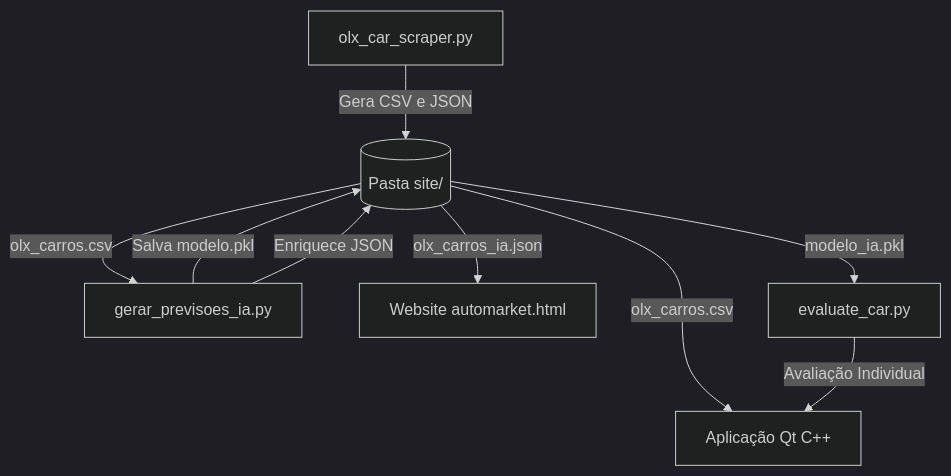
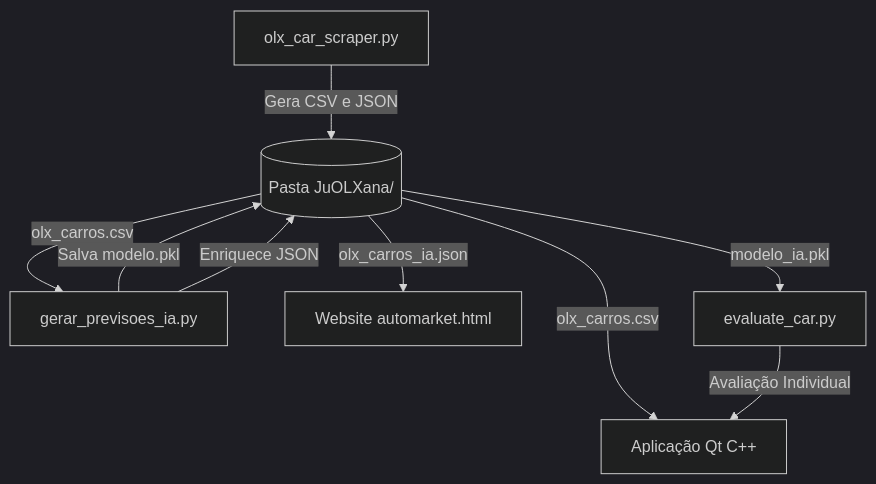
The diagram in README.md (Julianasfr4/An-lises-do-valor-no-mercado-autom-vel-), drawn with Mermaid (dark theme) before and after one commit. The commit also changed other lines of this file and 18 other files, not shown here.

Commit message:
Renomear pasta site para JuOLXana (Juliana + OLX) e atualizar referências de caminhos

````diff
--- a/README.md
+++ b/README.md
@@ -11,11 +11,11 @@
 ```mermaid
 graph TD
-    Scraper[olx_car_scraper.py] -->|Gera CSV e JSON| DataFolder[(Pasta site/)]
+    Scraper[olx_car_scraper.py] -->|Gera CSV e JSON| DataFolder[(Pasta JuOLXana/)]
     DataFolder -->|olx_carros.csv| QtApp[Aplicação Qt C++]
     DataFolder -->|olx_carros.csv| IaGen[gerar_previsoes_ia.py]
     IaGen -->|Salva modelo.pkl| DataFolder
     IaGen -->|Enriquece JSON| DataFolder
     DataFolder -->|olx_carros_ia.json| WebPortal[Website automarket.html]
     DataFolder -->|modelo_ia.pkl| EvalScript[evaluate_car.py]
     EvalScript -->|Avaliação Individual| QtApp
 ```
````
